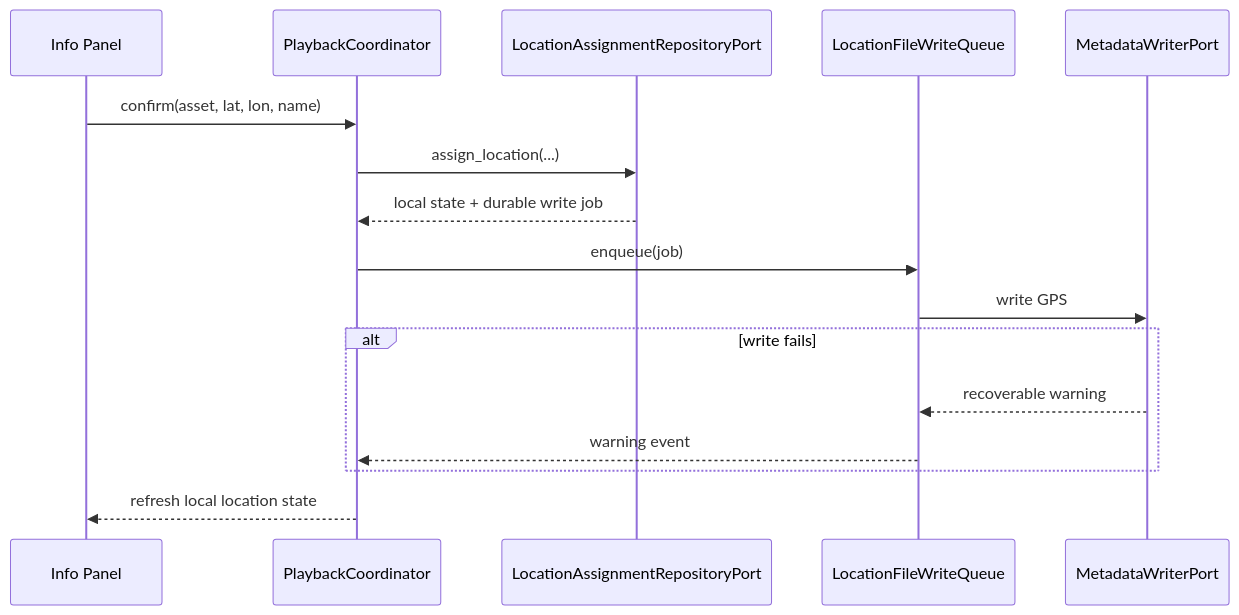
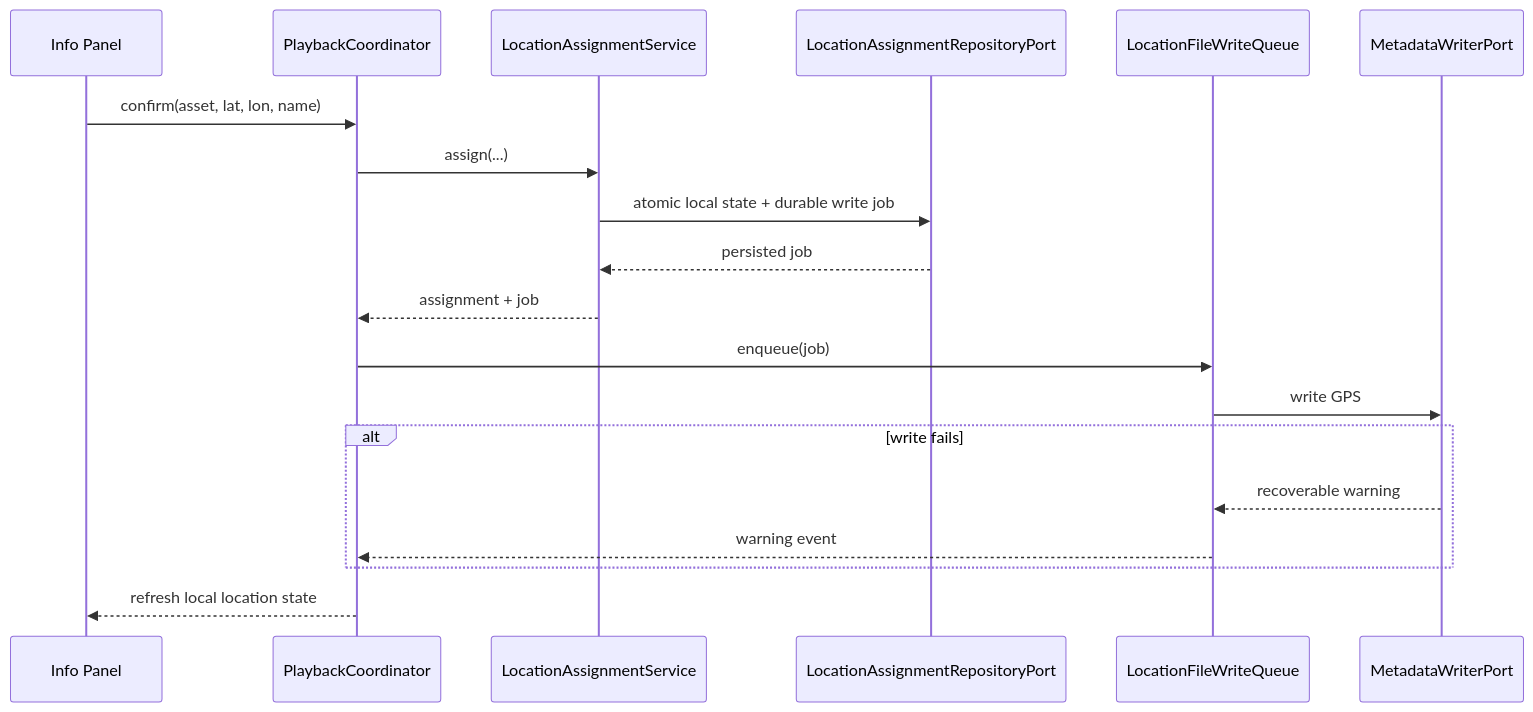
The sixth of 7 diagrams in docs/architecture.md (OliverZhaohaibin/iPhotron-LocalPhotoAlbumManager), drawn with Mermaid before and after one commit. The commit also changed other lines of this file and 17 other files, not shown here.

Commit message:
docs: update development and architecture contracts

````diff
--- a/docs/architecture.md
+++ b/docs/architecture.md
@@ -682,19 +827,22 @@
 ```mermaid
 sequenceDiagram
     participant UI as Info Panel
     participant Coordinator as PlaybackCoordinator
+    participant Service as LocationAssignmentService
     participant Repository as LocationAssignmentRepositoryPort
     participant Queue as LocationFileWriteQueue
     participant Writer as MetadataWriterPort
 
     UI->>Coordinator: confirm(asset, lat, lon, name)
-    Coordinator->>Repository: assign_location(...)
-    Repository-->>Coordinator: local state + durable write job
+    Coordinator->>Service: assign(...)
+    Service->>Repository: atomic local state + durable write job
+    Repository-->>Service: persisted job
+    Service-->>Coordinator: assignment + job
     Coordinator->>Queue: enqueue(job)
     Queue->>Writer: write GPS
     alt write fails
         Writer-->>Queue: recoverable warning
         Queue-->>Coordinator: warning event
     end
     Coordinator-->>UI: refresh local location state
 ```
````
